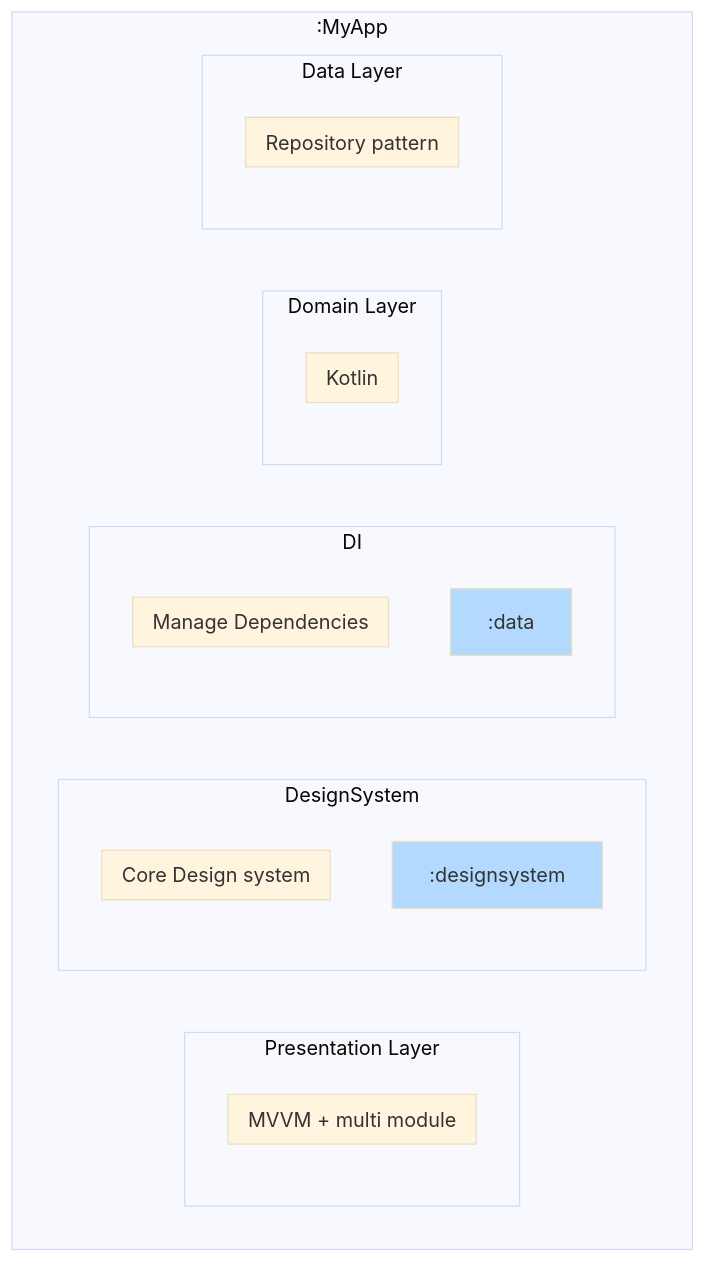
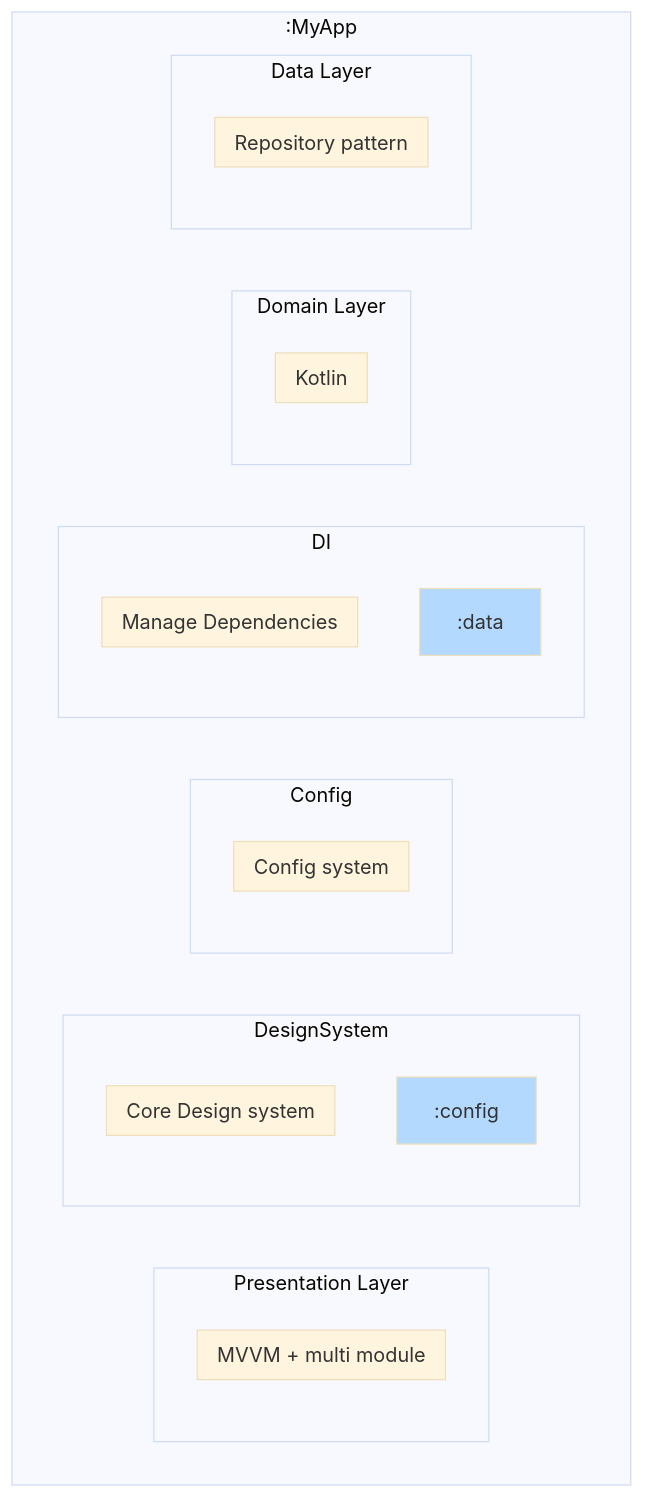
Before and after one commit to nguyenthe0107/tymex: the diagram in README.md, drawn with Mermaid (base theme).

````diff
--- a/README.md
+++ b/README.md
@@ -79,42 +79,50 @@
 ```mermaid
 graph TD
     subgraph Application[:MyApp]
         subgraph "Presentation Layer"
             direction TB
             subgraph "MVVM + multi module"
             end
         end
 
         subgraph "DesignSystem"
             direction TB
             DA[":designsystem"]
             style DA fill:#b3d9ff
             subgraph "Core Design system"
+            end
+        end
+
+        subgraph "Config"
+            direction TB
+            DA[":config"]
+            style DA fill:#b3d9ff
+            subgraph "Config system"
             end
         end
 
         subgraph "DI"
             direction TB
             D[":di"]
             style DA fill:#b3d9ff
             subgraph "Manage Dependencies"
             end
         end
 
         subgraph "Domain Layer"
             direction TB
             D[":domain"]
             style D fill:#b3d9ff
             subgraph "Kotlin"
             end
         end
 
         subgraph "Data Layer"
             direction TB
             D[":data"]
             style DA fill:#b3d9ff
             subgraph "Repository pattern"
             end
         end
     end
 ```
````
